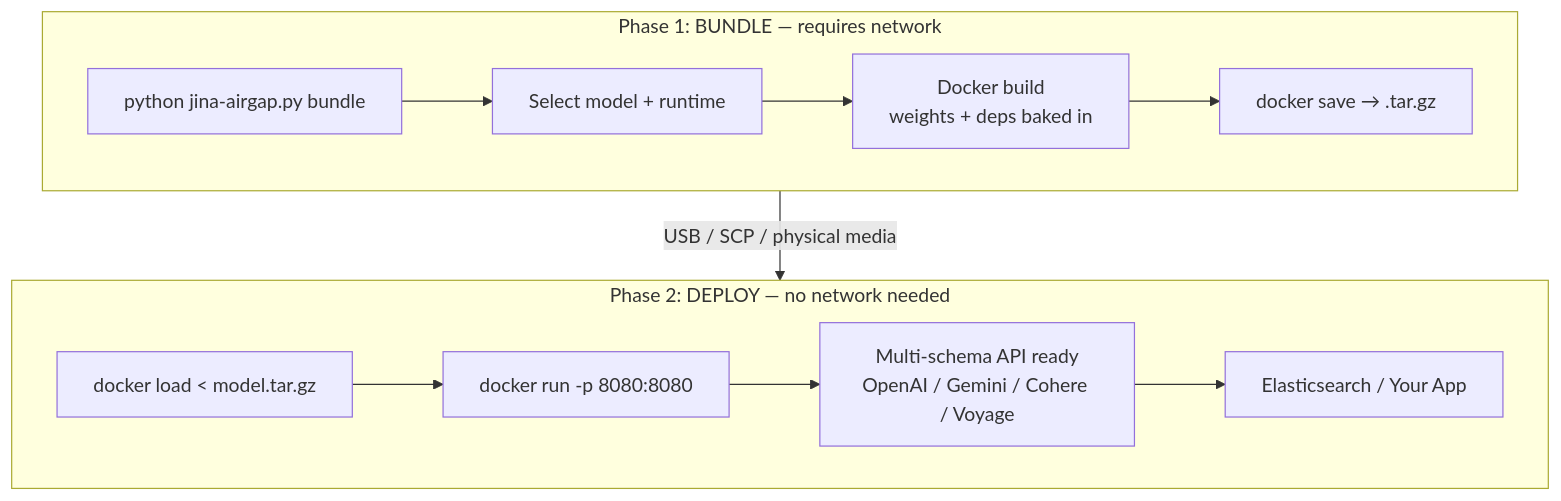
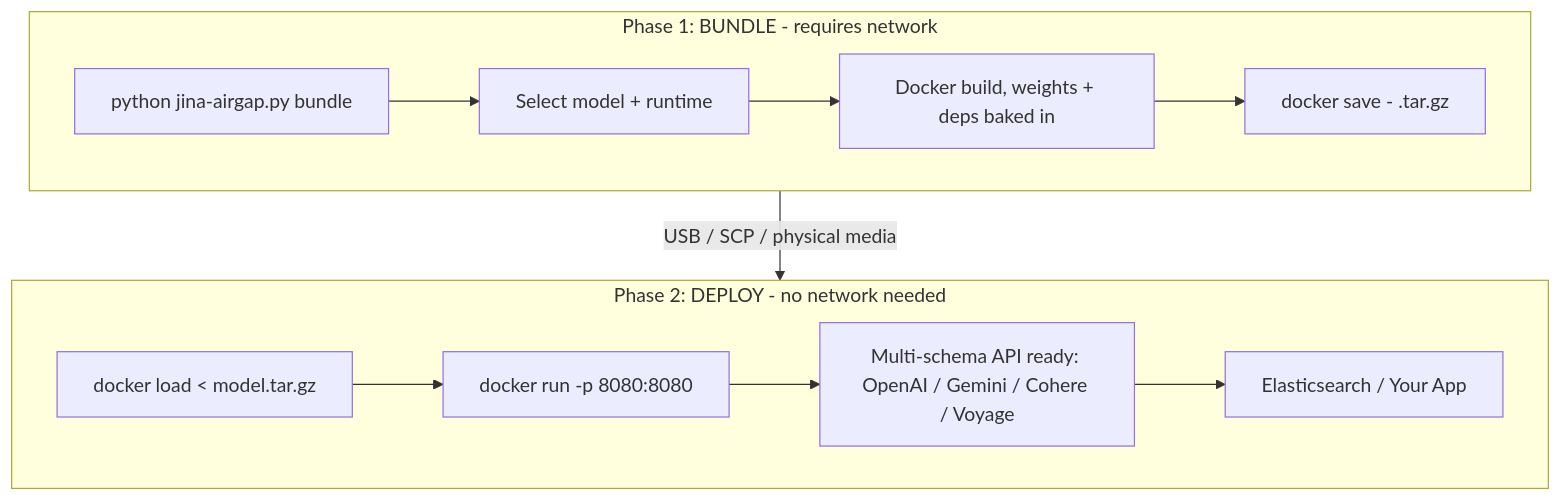
The diagram in README.md (jina-ai/jina-on-prem), drawn with Mermaid before and after one commit. The commit also changed other lines of this file and 20 other files, not shown here.

````diff
--- a/README.md
+++ b/README.md
@@ -5,16 +9,16 @@
 ```mermaid
 flowchart TB
-    subgraph Phase1["Phase 1: BUNDLE — requires network"]
+    subgraph Phase1["Phase 1: BUNDLE - requires network"]
         A["python jina-airgap.py bundle"] --> B["Select model + runtime"]
-        B --> C["Docker build\nweights + deps baked in"]
-        C --> D["docker save → .tar.gz"]
+        B --> C["Docker build, weights + deps baked in"]
+        C --> D["docker save - .tar.gz"]
     end
 
     Phase1 -->|"USB / SCP / physical media"| Phase2
 
-    subgraph Phase2["Phase 2: DEPLOY — no network needed"]
+    subgraph Phase2["Phase 2: DEPLOY - no network needed"]
         E["docker load < model.tar.gz"] --> F["docker run -p 8080:8080"]
-        F --> G["Multi-schema API ready\nOpenAI / Gemini / Cohere / Voyage"]
+        F --> G["Multi-schema API ready: OpenAI / Gemini / Cohere / Voyage"]
         G --> H["Elasticsearch / Your App"]
     end
 ```
````
